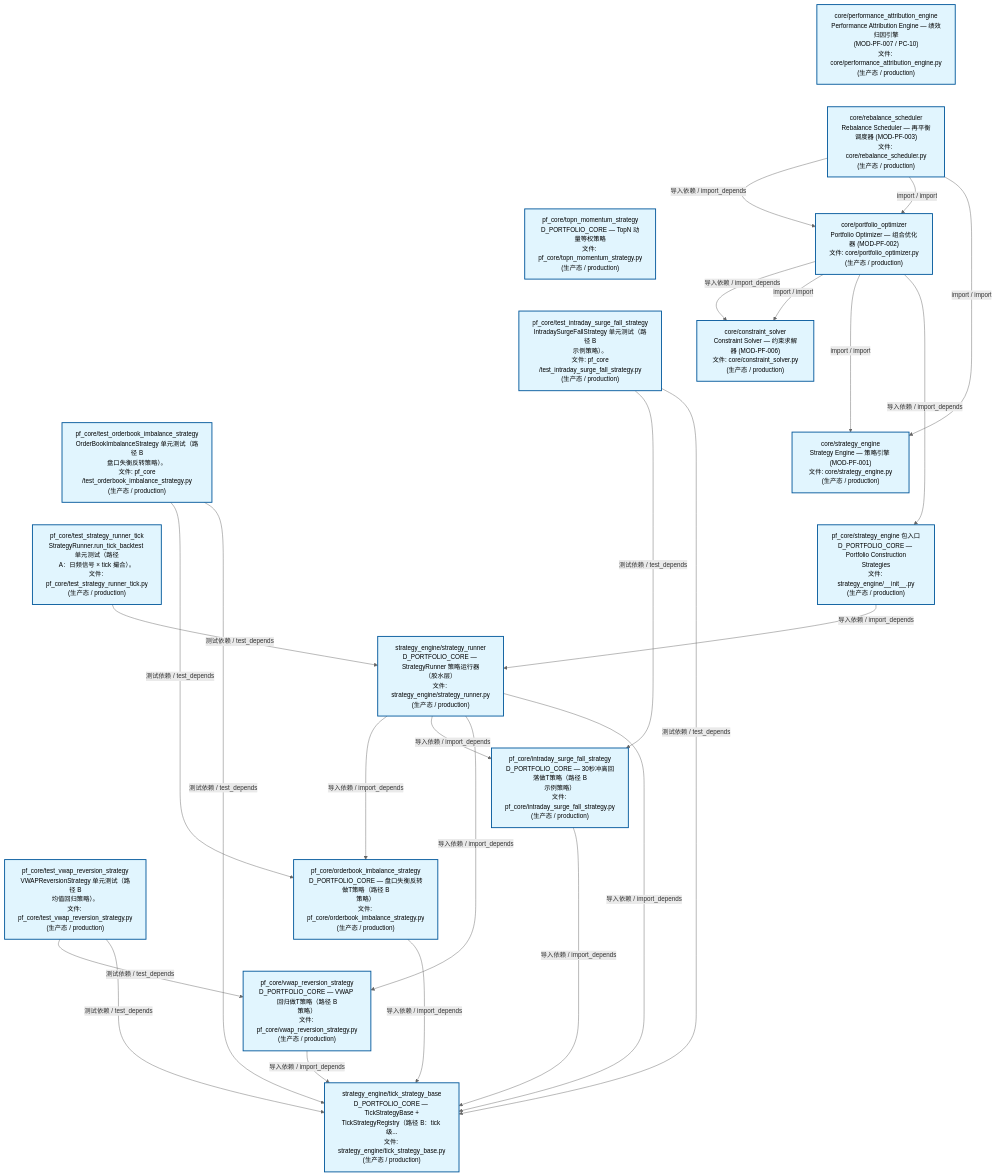
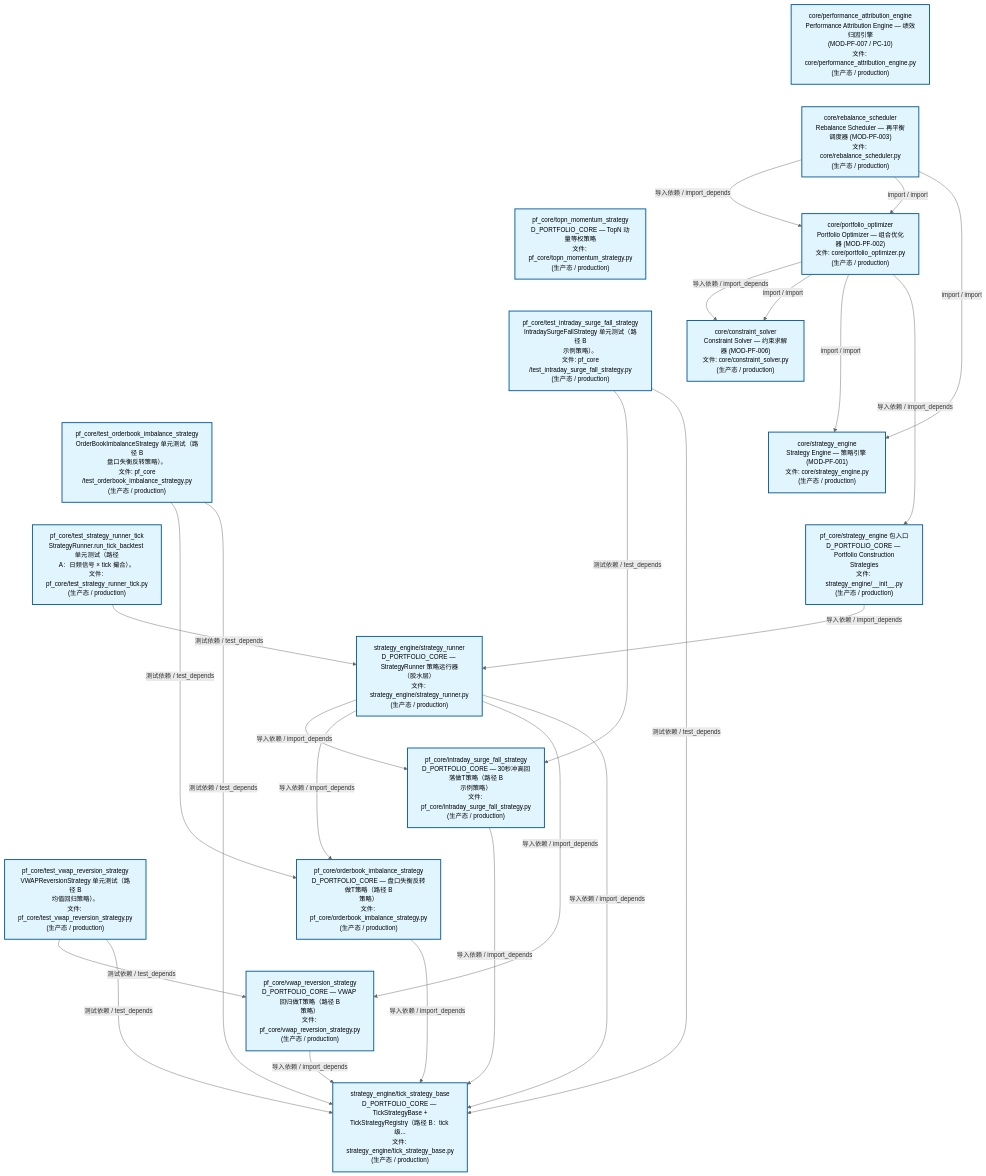
One commit to xuanFelixVan/ZephyrAlpha changed the second of 3 diagrams in docs/02_enterprise_architecture/02_domain_architecture_docs/63_d_pf_core.md. Above: the diagram before and after it, drawn with Mermaid. The commit also changed other lines of this file and 49 other files, not shown here.

````diff
--- a/docs/02_enterprise_architecture/02_domain_architecture_docs/63_d_pf_core.md
+++ b/docs/02_enterprise_architecture/02_domain_architecture_docs/63_d_pf_core.md
@@ -139,57 +139,57 @@
 ```mermaid
 %%{init: {'theme': 'base', 'themeVariables': {'primaryColor': '#eaeaea', 'primaryTextColor': '#333333', 'primaryBorderColor': '#666666', 'lineColor': '#666666', 'secondaryColor': '#eaeaea', 'tertiaryColor': '#eaeaea', 'fontSize': '14px'}}}%%
 flowchart TD
     src_zephyr_pf_core_core_performance_attribution_engine_py["core/performance_attribution_engine<br/>Performance Attribution Engine — 绩效归因引擎<br/>(MOD-PF-007 / PC-10)<br/>文件: core/performance_attribution_engine.py<br/>(生产态 / production)"]
     src_zephyr_pf_core_core_rebalance_scheduler_py["core/rebalance_scheduler<br/>Rebalance Scheduler — 再平衡调度器 (MOD-PF-003)<br/>文件: core/rebalance_scheduler.py<br/>(生产态 / production)"]
     src_zephyr_pf_core_topn_momentum_strategy_py["pf_core/topn_momentum_strategy<br/>D_PORTFOLIO_CORE — TopN 动量等权策略<br/>文件: pf_core/topn_momentum_strategy.py<br/>(生产态 / production)"]
     tests_pf_core_test_intraday_surge_fall_strategy_py["pf_core/test_intraday_surge_fall_strategy<br/>IntradaySurgeFallStrategy 单元测试（路径 B<br/>示例策略）。<br/>文件: pf_core<br/>/test_intraday_surge_fall_strategy.py<br/>(生产态 / production)"]
     tests_pf_core_test_orderbook_imbalance_strategy_py["pf_core/test_orderbook_imbalance_strategy<br/>OrderBookImbalanceStrategy 单元测试（路径 B<br/>盘口失衡反转策略）。<br/>文件: pf_core<br/>/test_orderbook_imbalance_strategy.py<br/>(生产态 / production)"]
     tests_pf_core_test_strategy_runner_tick_py["pf_core/test_strategy_runner_tick<br/>StrategyRunner.run_tick_backtest 单元测试（路径<br/>A：日频信号 × tick 撮合）。<br/>文件: pf_core/test_strategy_runner_tick.py<br/>(生产态 / production)"]
     tests_pf_core_test_vwap_reversion_strategy_py["pf_core/test_vwap_reversion_strategy<br/>VWAPReversionStrategy 单元测试（路径 B<br/>均值回归策略）。<br/>文件: pf_core/test_vwap_reversion_strategy.py<br/>(生产态 / production)"]
     src_zephyr_pf_core_core_performance_attribution_engine_py ~~~ src_zephyr_pf_core_core_rebalance_scheduler_py
     src_zephyr_pf_core_core_rebalance_scheduler_py ~~~ src_zephyr_pf_core_topn_momentum_strategy_py
     src_zephyr_pf_core_topn_momentum_strategy_py ~~~ tests_pf_core_test_intraday_surge_fall_strategy_py
     tests_pf_core_test_intraday_surge_fall_strategy_py ~~~ tests_pf_core_test_orderbook_imbalance_strategy_py
     tests_pf_core_test_orderbook_imbalance_strategy_py ~~~ tests_pf_core_test_strategy_runner_tick_py
     tests_pf_core_test_strategy_runner_tick_py ~~~ tests_pf_core_test_vwap_reversion_strategy_py
     src_zephyr_pf_core_core_portfolio_optimizer_py["core/portfolio_optimizer<br/>Portfolio Optimizer — 组合优化器 (MOD-PF-002)<br/>文件: core/portfolio_optimizer.py<br/>(生产态 / production)"]
     src_zephyr_pf_core_core_constraint_solver_py["core/constraint_solver<br/>Constraint Solver — 约束求解器 (MOD-PF-006)<br/>文件: core/constraint_solver.py<br/>(生产态 / production)"]
     src_zephyr_pf_core_core_strategy_engine_py["core/strategy_engine<br/>Strategy Engine — 策略引擎 (MOD-PF-001)<br/>文件: core/strategy_engine.py<br/>(生产态 / production)"]
     src_zephyr_pf_core_strategy_engine_init_py["pf_core/strategy_engine 包入口<br/>D_PORTFOLIO_CORE — Portfolio Construction<br/>Strategies<br/>文件: strategy_engine/__init__.py<br/>(生产态 / production)"]
     src_zephyr_pf_core_core_constraint_solver_py ~~~ src_zephyr_pf_core_core_strategy_engine_py
     src_zephyr_pf_core_core_strategy_engine_py ~~~ src_zephyr_pf_core_strategy_engine_init_py
     src_zephyr_pf_core_strategy_engine_strategy_runner_py["strategy_engine/strategy_runner<br/>D_PORTFOLIO_CORE — StrategyRunner 策略运行器<br/>（胶水层）<br/>文件: strategy_engine/strategy_runner.py<br/>(生产态 / production)"]
     src_zephyr_pf_core_intraday_surge_fall_strategy_py["pf_core/intraday_surge_fall_strategy<br/>D_PORTFOLIO_CORE — 30秒冲高回落做T策略（路径 B<br/>示例策略）<br/>文件: pf_core/intraday_surge_fall_strategy.py<br/>(生产态 / production)"]
     src_zephyr_pf_core_orderbook_imbalance_strategy_py["pf_core/orderbook_imbalance_strategy<br/>D_PORTFOLIO_CORE — 盘口失衡反转做T策略（路径 B<br/>策略）<br/>文件: pf_core/orderbook_imbalance_strategy.py<br/>(生产态 / production)"]
     src_zephyr_pf_core_vwap_reversion_strategy_py["pf_core/vwap_reversion_strategy<br/>D_PORTFOLIO_CORE — VWAP 回归做T策略（路径 B<br/>策略）<br/>文件: pf_core/vwap_reversion_strategy.py<br/>(生产态 / production)"]
     src_zephyr_pf_core_intraday_surge_fall_strategy_py ~~~ src_zephyr_pf_core_orderbook_imbalance_strategy_py
     src_zephyr_pf_core_orderbook_imbalance_strategy_py ~~~ src_zephyr_pf_core_vwap_reversion_strategy_py
     src_zephyr_pf_core_strategy_engine_tick_strategy_base_py["strategy_engine/tick_strategy_base<br/>D_PORTFOLIO_CORE — TickStrategyBase +<br/>TickStrategyRegistry（路径 B：tick 级...<br/>文件: strategy_engine/tick_strategy_base.py<br/>(生产态 / production)"]
+    src_zephyr_pf_core_intraday_surge_fall_strategy_py -->|导入依赖 / import_depends| src_zephyr_pf_core_strategy_engine_tick_strategy_base_py
     src_zephyr_pf_core_orderbook_imbalance_strategy_py -->|导入依赖 / import_depends| src_zephyr_pf_core_strategy_engine_tick_strategy_base_py
-    src_zephyr_pf_core_intraday_surge_fall_strategy_py -->|导入依赖 / import_depends| src_zephyr_pf_core_strategy_engine_tick_strategy_base_py
     src_zephyr_pf_core_vwap_reversion_strategy_py -->|导入依赖 / import_depends| src_zephyr_pf_core_strategy_engine_tick_strategy_base_py
     src_zephyr_pf_core_core_portfolio_optimizer_py -->|导入依赖 / import_depends| src_zephyr_pf_core_core_constraint_solver_py
     src_zephyr_pf_core_core_portfolio_optimizer_py -->|import / import| src_zephyr_pf_core_core_constraint_solver_py
     src_zephyr_pf_core_core_portfolio_optimizer_py -->|import / import| src_zephyr_pf_core_core_strategy_engine_py
     src_zephyr_pf_core_core_portfolio_optimizer_py -->|导入依赖 / import_depends| src_zephyr_pf_core_strategy_engine_init_py
     src_zephyr_pf_core_core_rebalance_scheduler_py -->|导入依赖 / import_depends| src_zephyr_pf_core_core_portfolio_optimizer_py
     src_zephyr_pf_core_core_rebalance_scheduler_py -->|import / import| src_zephyr_pf_core_core_portfolio_optimizer_py
     src_zephyr_pf_core_core_rebalance_scheduler_py -->|import / import| src_zephyr_pf_core_core_strategy_engine_py
     src_zephyr_pf_core_strategy_engine_init_py -->|导入依赖 / import_depends| src_zephyr_pf_core_strategy_engine_strategy_runner_py
+    src_zephyr_pf_core_strategy_engine_strategy_runner_py -->|导入依赖 / import_depends| src_zephyr_pf_core_intraday_surge_fall_strategy_py
     src_zephyr_pf_core_strategy_engine_strategy_runner_py -->|导入依赖 / import_depends| src_zephyr_pf_core_orderbook_imbalance_strategy_py
-    src_zephyr_pf_core_strategy_engine_strategy_runner_py -->|导入依赖 / import_depends| src_zephyr_pf_core_intraday_surge_fall_strategy_py
     src_zephyr_pf_core_strategy_engine_strategy_runner_py -->|导入依赖 / import_depends| src_zephyr_pf_core_vwap_reversion_strategy_py
     src_zephyr_pf_core_strategy_engine_strategy_runner_py -->|导入依赖 / import_depends| src_zephyr_pf_core_strategy_engine_tick_strategy_base_py
     tests_pf_core_test_intraday_surge_fall_strategy_py -->|测试依赖 / test_depends| src_zephyr_pf_core_intraday_surge_fall_strategy_py
     tests_pf_core_test_intraday_surge_fall_strategy_py -->|测试依赖 / test_depends| src_zephyr_pf_core_strategy_engine_tick_strategy_base_py
     tests_pf_core_test_orderbook_imbalance_strategy_py -->|测试依赖 / test_depends| src_zephyr_pf_core_orderbook_imbalance_strategy_py
     tests_pf_core_test_orderbook_imbalance_strategy_py -->|测试依赖 / test_depends| src_zephyr_pf_core_strategy_engine_tick_strategy_base_py
     tests_pf_core_test_strategy_runner_tick_py -->|测试依赖 / test_depends| src_zephyr_pf_core_strategy_engine_strategy_runner_py
     tests_pf_core_test_vwap_reversion_strategy_py -->|测试依赖 / test_depends| src_zephyr_pf_core_vwap_reversion_strategy_py
     tests_pf_core_test_vwap_reversion_strategy_py -->|测试依赖 / test_depends| src_zephyr_pf_core_strategy_engine_tick_strategy_base_py
     classDef production fill:#e1f5fe,stroke:#01579b,stroke-width:2px,color:#000
     classDef design fill:#fff3e0,stroke:#e65100,stroke-width:2px,color:#000,stroke-dasharray: 5 5
     classDef external_prod fill:#e8f4fd,stroke:#0277bd,stroke-width:1px,color:#000
     classDef external_design fill:#fff8e7,stroke:#ef6c00,stroke-width:1px,color:#000,stroke-dasharray: 5 5
     class src_zephyr_pf_core_core_constraint_solver_py,src_zephyr_pf_core_core_performance_attribution_engine_py,src_zephyr_pf_core_core_portfolio_optimizer_py,src_zephyr_pf_core_core_rebalance_scheduler_py,src_zephyr_pf_core_core_strategy_engine_py,src_zephyr_pf_core_intraday_surge_fall_strategy_py,src_zephyr_pf_core_orderbook_imbalance_strategy_py,src_zephyr_pf_core_strategy_engine_init_py,src_zephyr_pf_core_strategy_engine_strategy_runner_py,src_zephyr_pf_core_strategy_engine_tick_strategy_base_py,src_zephyr_pf_core_topn_momentum_strategy_py,src_zephyr_pf_core_vwap_reversion_strategy_py,tests_pf_core_test_intraday_surge_fall_strategy_py,tests_pf_core_test_orderbook_imbalance_strategy_py,tests_pf_core_test_strategy_runner_tick_py,tests_pf_core_test_vwap_reversion_strategy_py production
 ```
````
